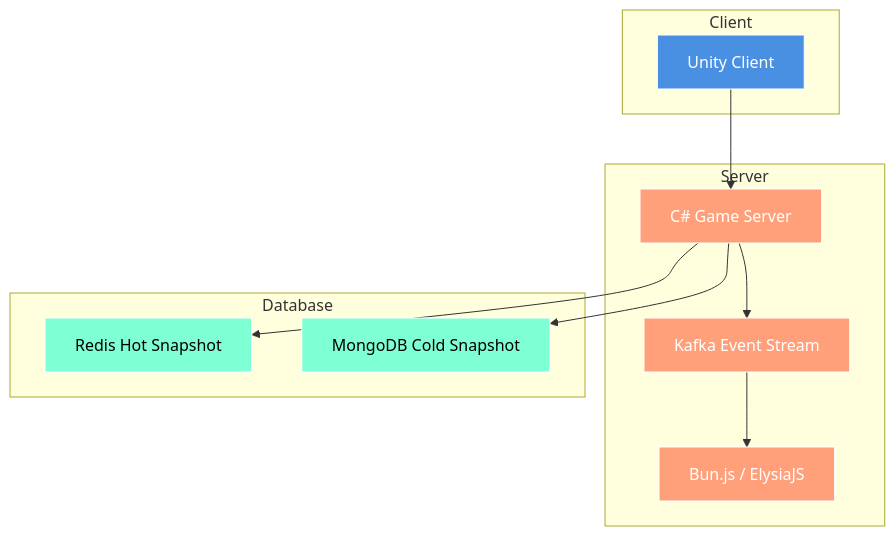
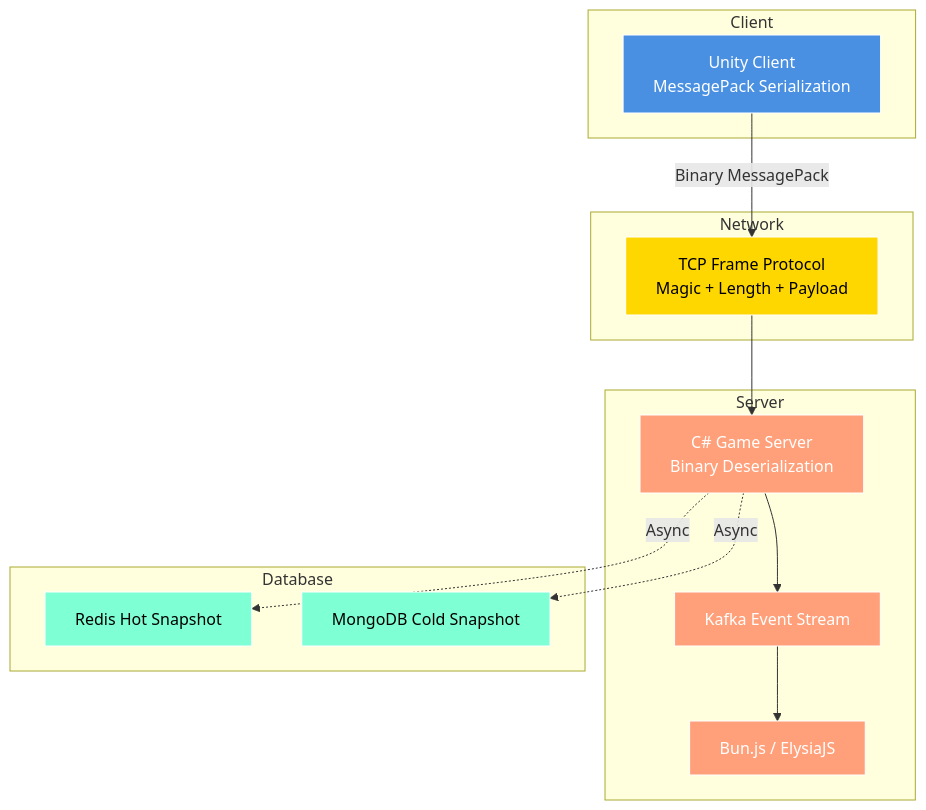
One commit to 1985jwlee/overview changed the third of 5 diagrams in README.md. Above: the diagram before and after it, drawn with Mermaid. The commit also changed other lines of this file, not shown here.

First line of the commit message:
Enhance README with Binary Protocol details

````diff
--- a/README.md
+++ b/README.md
@@ -101,27 +107,33 @@
 ```mermaid
 flowchart TD
     subgraph Client
-        Unity[Unity Client]:::client
+        Unity[Unity Client<br/>MessagePack Serialization]:::client
+    end
+
+    subgraph Network
+        TCP[TCP Frame Protocol<br/>Magic + Length + Payload]:::network
     end
 
     subgraph Server
-        GameServer[C# Game Server]:::server
+        GameServer[C# Game Server<br/>Binary Deserialization]:::server
         EventBus[Kafka Event Stream]:::server
         Platform[Bun.js / ElysiaJS]:::server
     end
 
     subgraph Database
         Redis[Redis Hot Snapshot]:::db
         Mongo[MongoDB Cold Snapshot]:::db
     end
 
-    Unity --> GameServer
+    Unity -->|Binary MessagePack| TCP
+    TCP --> GameServer
     GameServer --> EventBus
     EventBus --> Platform
-    GameServer --> Redis
-    GameServer --> Mongo
+    GameServer -.->|Async| Redis
+    GameServer -.->|Async| Mongo
 
     classDef client fill:#4A90E2,stroke:#fff,color:#fff;
+    classDef network fill:#FFD700,stroke:#fff,color:#000;
     classDef server fill:#FFA07A,stroke:#fff,color:#fff;
     classDef db fill:#7FFFD4,stroke:#fff,color:#000;
 ```
````
